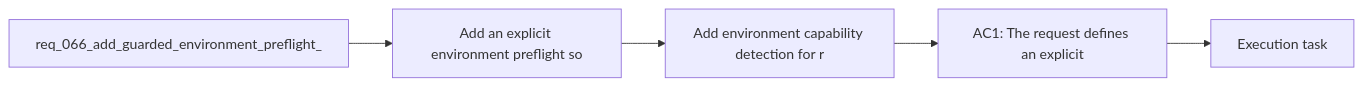
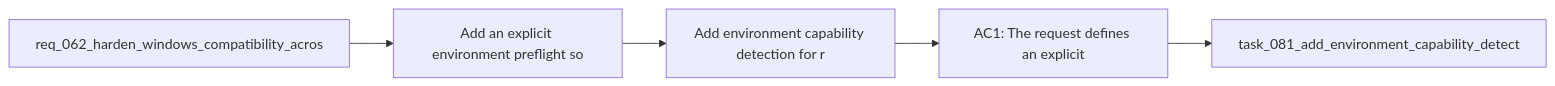
Before and after one commit to AlexAgo83/logics-manager: the diagram in logics/backlog/item_087_add_environment_capability_detection_for_read_only_workflow_and_bootstrap_modes.md, drawn with Mermaid. The commit also changed 481 other files, not shown here.

````diff
--- a/logics/backlog/item_087_add_environment_capability_detection_for_read_only_workflow_and_bootstrap_modes.md
+++ b/logics/backlog/item_087_add_environment_capability_detection_for_read_only_workflow_and_bootstrap_modes.md
@@ -23,9 +23,9 @@
 ```mermaid
 %% logics-kind: backlog
 %% logics-signature: backlog|add-environment-capability-detection-for|req-062-harden-windows-compatibility-acr|add-an-explicit-environment-preflight-so|ac1-the-request-defines-an-explicit
 flowchart LR
-    Request[req_066_add_guarded_environment_preflight_] --> Problem[Add an explicit environment preflight so]
+    Request[req_062_harden_windows_compatibility_acros] --> Problem[Add an explicit environment preflight so]
     Problem --> Scope[Add environment capability detection for r]
     Scope --> Acceptance[AC1: The request defines an explicit]
-    Acceptance --> Tasks[Execution task]
+    Acceptance --> Tasks[task_081_add_environment_capability_detect]
 ```
````
